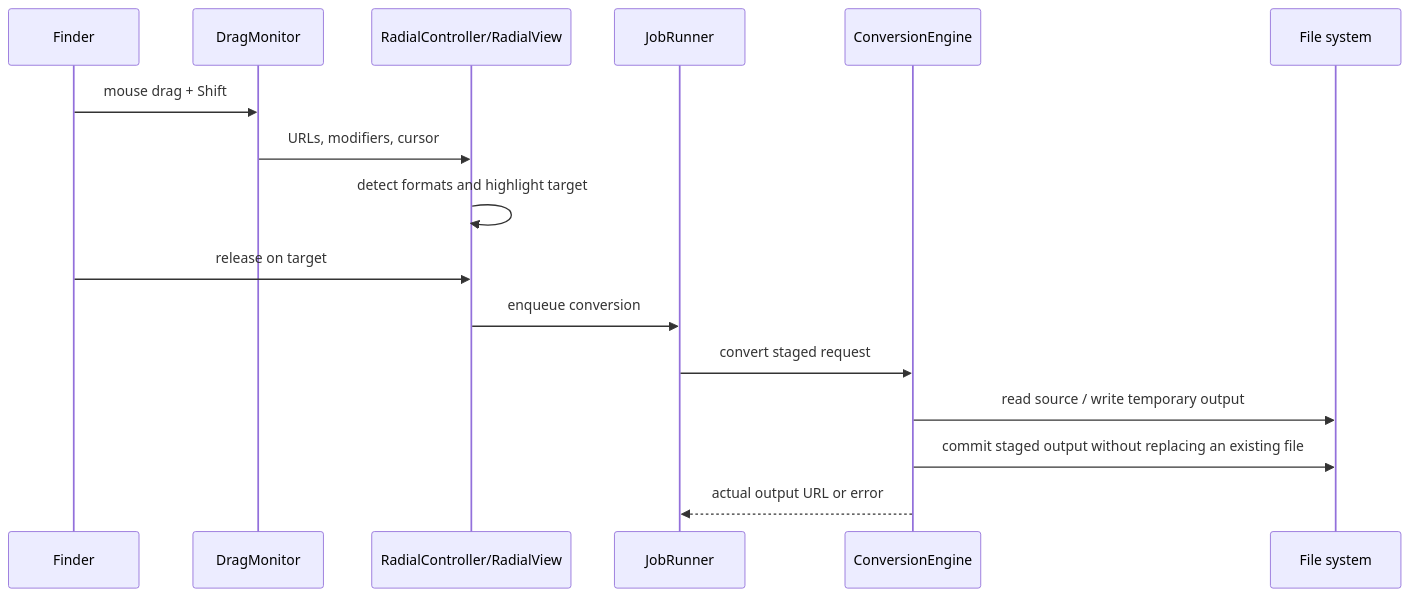
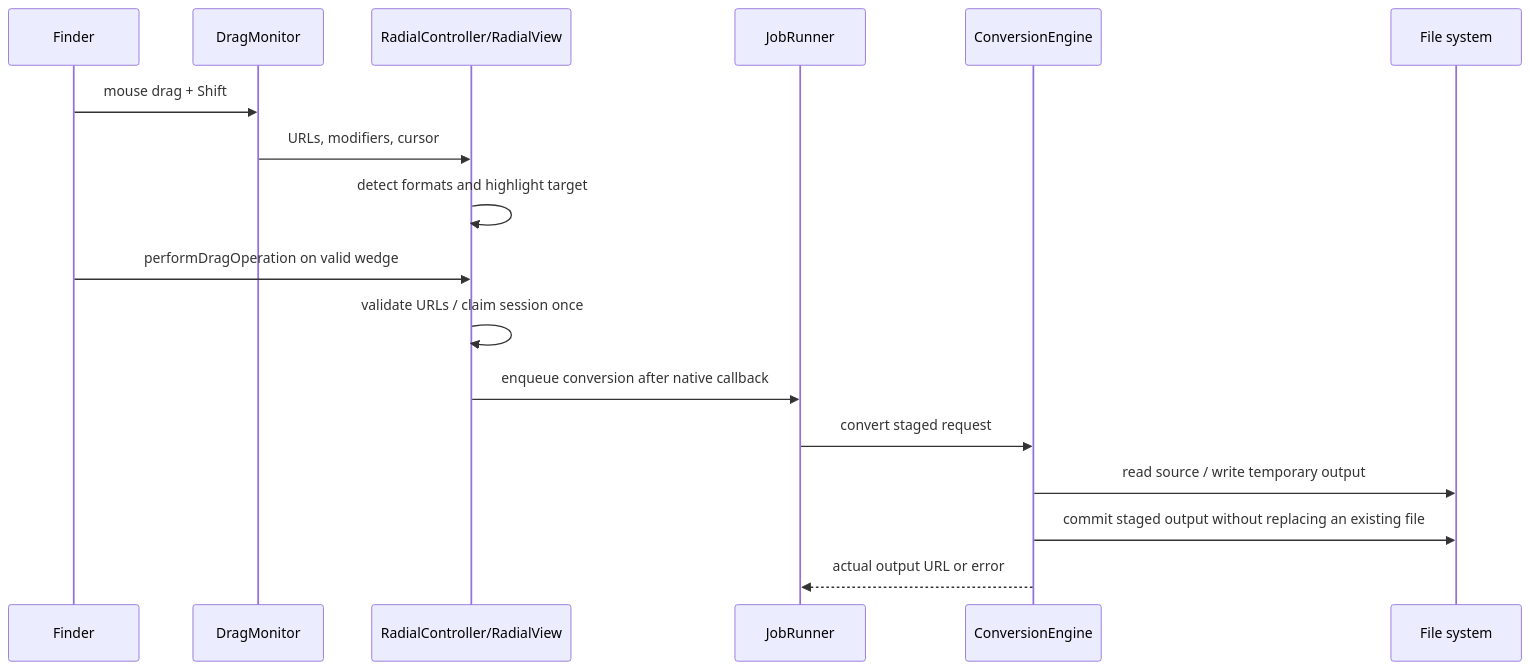
The second of 4 diagrams in docs/ARCHITECTURE.md (MohammadRadja/yuzu), drawn with Mermaid before and after one commit. The commit also changed other lines of this file and 15 other files, not shown here.

````diff
--- a/docs/ARCHITECTURE.md
+++ b/docs/ARCHITECTURE.md
@@ -37,18 +47,19 @@
 ```mermaid
 sequenceDiagram
     participant Finder
     participant Monitor as DragMonitor
     participant Wheel as RadialController/RadialView
     participant Runner as JobRunner
     participant Engine as ConversionEngine
     participant FS as File system
     Finder->>Monitor: mouse drag + Shift
     Monitor->>Wheel: URLs, modifiers, cursor
     Wheel->>Wheel: detect formats and highlight target
-    Finder->>Wheel: release on target
-    Wheel->>Runner: enqueue conversion
+    Finder->>Wheel: performDragOperation on valid wedge
+    Wheel->>Wheel: validate URLs / claim session once
+    Wheel->>Runner: enqueue conversion after native callback
     Runner->>Engine: convert staged request
     Engine->>FS: read source / write temporary output
     Engine->>FS: commit staged output without replacing an existing file
     Engine-->>Runner: actual output URL or error
 ```
````
